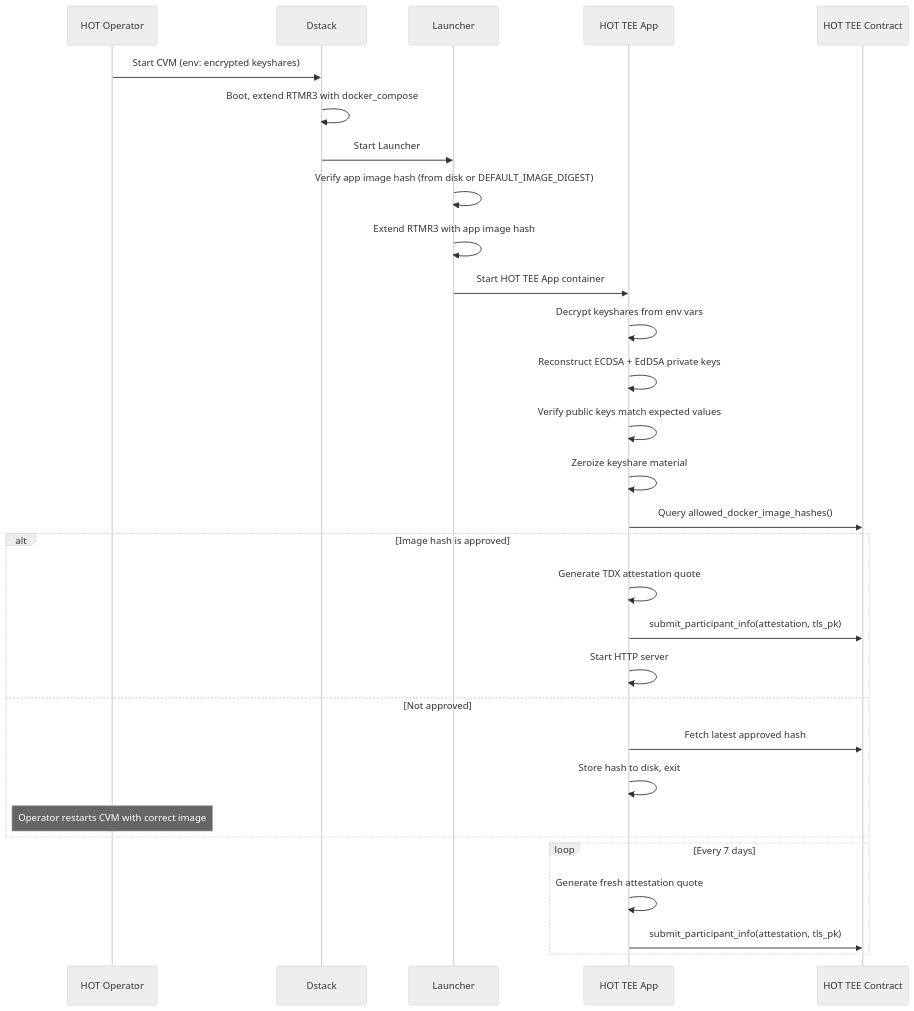
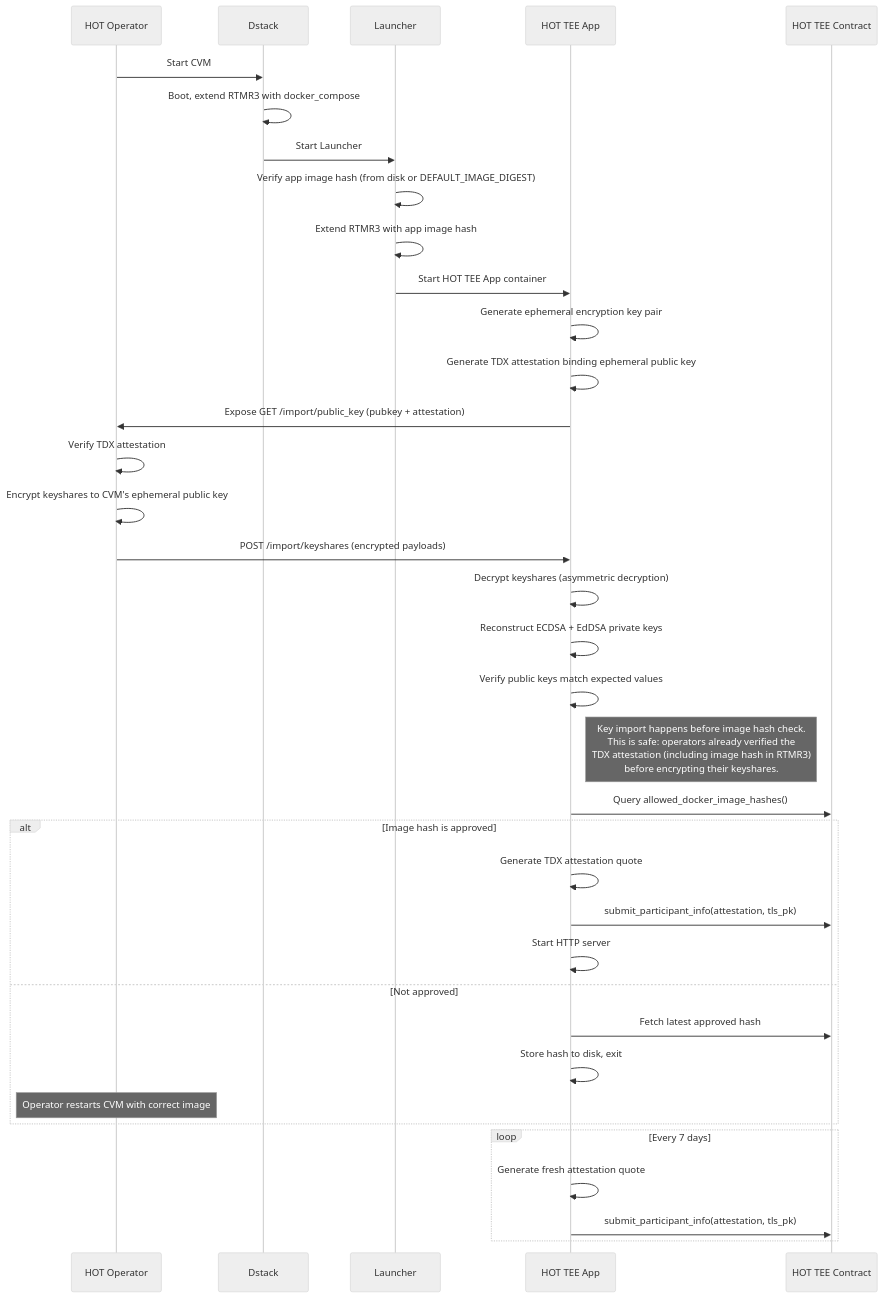
Before and after one commit to near/mpc: the fourth of 4 diagrams in docs/hot-tee-signing-design.md, drawn with Mermaid (neutral theme). The commit also changed other lines of this file, not shown here.

````diff
--- a/docs/hot-tee-signing-design.md
+++ b/docs/hot-tee-signing-design.md
@@ -766,36 +446,44 @@
 ```mermaid
 sequenceDiagram
     participant OP as HOT Operator
     participant DS as Dstack
     participant LA as Launcher
     participant APP as HOT TEE App
     participant HC as HOT TEE Contract
 
-    OP ->> DS: Start CVM (env: encrypted keyshares)
+    OP ->> DS: Start CVM
     DS ->> DS: Boot, extend RTMR3 with docker_compose
     DS ->> LA: Start Launcher
     LA ->> LA: Verify app image hash (from disk or DEFAULT_IMAGE_DIGEST)
     LA ->> LA: Extend RTMR3 with app image hash
     LA ->> APP: Start HOT TEE App container
 
-    APP ->> APP: Decrypt keyshares from env vars
+    APP ->> APP: Generate ephemeral encryption key pair
+    APP ->> APP: Generate TDX attestation binding ephemeral public key
+    APP ->> OP: Expose GET /import/public_key (pubkey + attestation)
+
+    OP ->> OP: Verify TDX attestation
+    OP ->> OP: Encrypt keyshares to CVM's ephemeral public key
+    OP ->> APP: POST /import/keyshares (encrypted payloads)
+
+    APP ->> APP: Decrypt keyshares (asymmetric decryption)
     APP ->> APP: Reconstruct ECDSA + EdDSA private keys
     APP ->> APP: Verify public keys match expected values
-    APP ->> APP: Zeroize keyshare material
+    Note right of APP: Key import happens before image hash check.<br/>This is safe: operators already verified the<br/>TDX attestation (including image hash in RTMR3)<br/>before encrypting their keyshares.
 
     APP ->> HC: Query allowed_docker_image_hashes()
     alt Image hash is approved
         APP ->> APP: Generate TDX attestation quote
         APP ->> HC: submit_participant_info(attestation, tls_pk)
         APP ->> APP: Start HTTP server
     else Not approved
         APP ->> HC: Fetch latest approved hash
         APP ->> APP: Store hash to disk, exit
         Note over OP: Operator restarts CVM with correct image
     end
 
     loop Every 7 days
         APP ->> APP: Generate fresh attestation quote
         APP ->> HC: submit_participant_info(attestation, tls_pk)
     end
 ```
````
